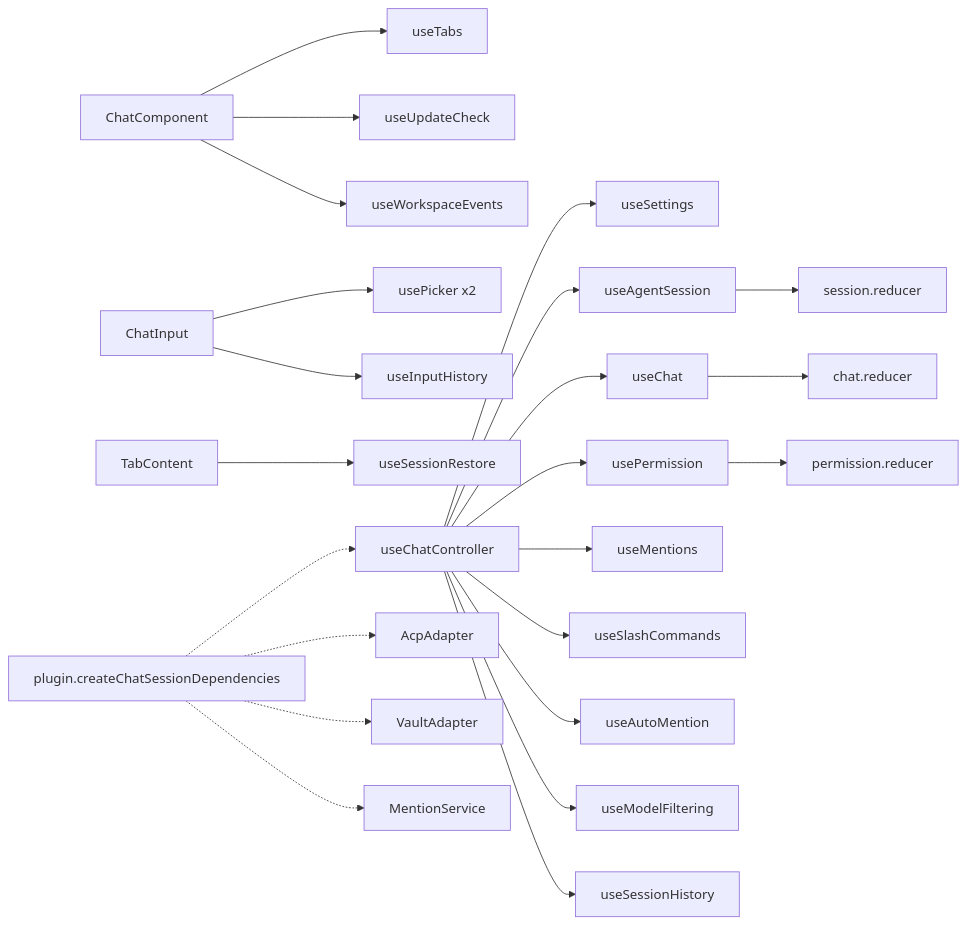
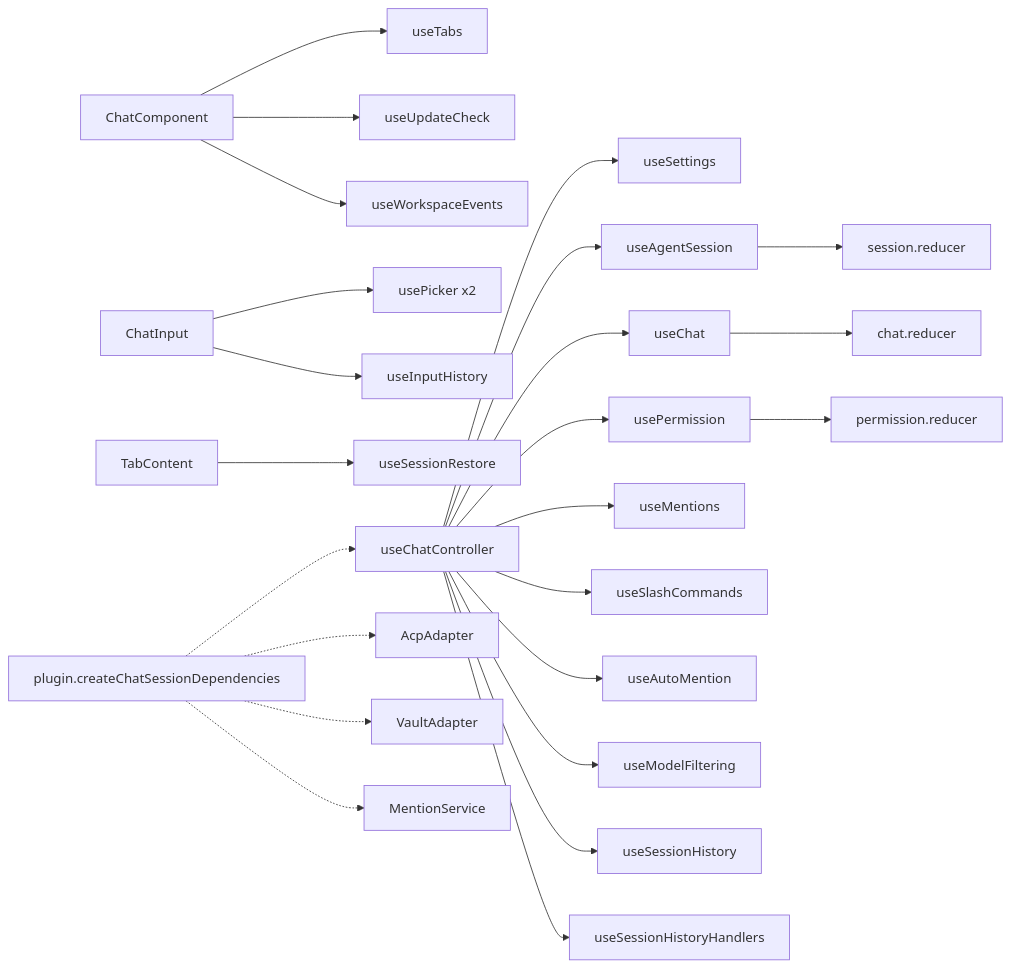
Before and after one commit to shuuul/obsius: the fourth of 5 diagrams in CONTRIBUTING.md, drawn with Mermaid. The commit also changed other lines of this file and 36 other files, not shown here.

````diff
--- a/CONTRIBUTING.md
+++ b/CONTRIBUTING.md
@@ -130,30 +130,31 @@
 ```mermaid
 graph LR
     CV[ChatComponent] --> T[useTabs]
     CV --> UC[useUpdateCheck]
     CV --> WE[useWorkspaceEvents]
 
     CC[useChatController] --> S[useSettings]
     CC --> AS[useAgentSession]
     CC --> C[useChat]
     CC --> P[usePermission]
     CC --> M[useMentions]
     CC --> SC[useSlashCommands]
     CC --> AM[useAutoMention]
     CC --> MF[useModelFiltering]
     CC --> SH[useSessionHistory]
+    CC --> SHH[useSessionHistoryHandlers]
 
     CI[ChatInput] --> PK[usePicker x2]
     CI --> IH[useInputHistory]
 
     TC[TabContent] --> SR[useSessionRestore]
 
     AS --> SRd[session.reducer]
     C --> CR[chat.reducer]
     P --> PR[permission.reducer]
 
     PluginFactory[plugin.createChatSessionDependencies] -.-> CC
     PluginFactory -.-> ACP[AcpAdapter]
     PluginFactory -.-> VA[VaultAdapter]
     PluginFactory -.-> MS[MentionService]
 ```
````
